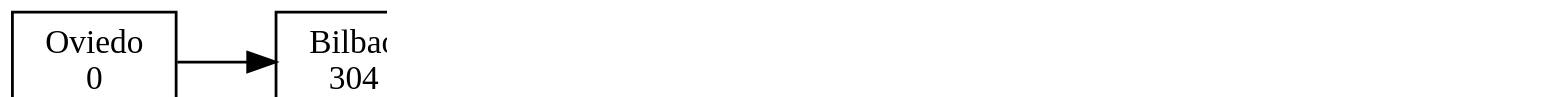
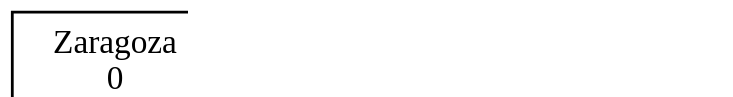
The diagram in [EDD]Proyecto2/Lista_Rutas2.dot (Pegre369/-EDD-Proyecto2_201701187_201706357), drawn with Graphviz before and after one commit. The commit also changed 13 other files, not shown here.

```diff
--- a/[EDD]Proyecto2/Lista_Rutas2.dot
+++ b/[EDD]Proyecto2/Lista_Rutas2.dot
@@ -1,23 +1,14 @@
 digraph G {
  rankdir=LR 
  node[shape=box];
 graph [ dpi = 300 ];
-Oviedo[ label = "Oviedo
+Zaragoza[ label = "Zaragoza
 0", fontsize=12]; 
-Bilbao[ label = "Bilbao
-304", fontsize=12];
 Madrid[ label = "Madrid
-699", fontsize=12];
-Zaragoza[ label = "Zaragoza
-324", fontsize=12];
-Barcelona[ label = "Barcelona
-620", fontsize=12];
-Gerona[ label = "Gerona
-1024", fontsize=12];
-Oviedo->Bilbao;
-Bilbao->Madrid;
-Madrid->Zaragoza;
-Zaragoza->Barcelona;
-Barcelona->Gerona;
+325", fontsize=12];
+Badajoz[ label = "Badajoz
+728", fontsize=12];
+Zaragoza->Madrid;
+Madrid->Badajoz;
 
 }
```
